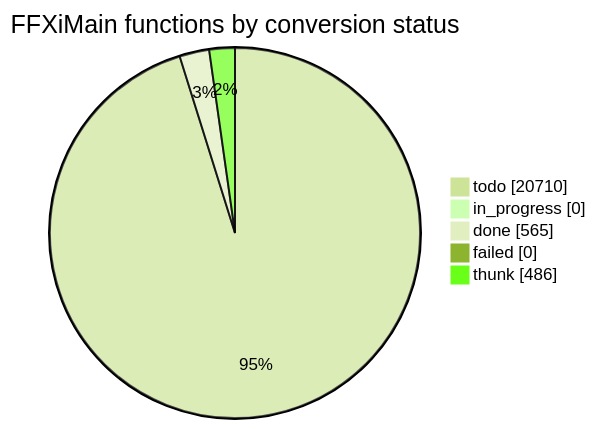
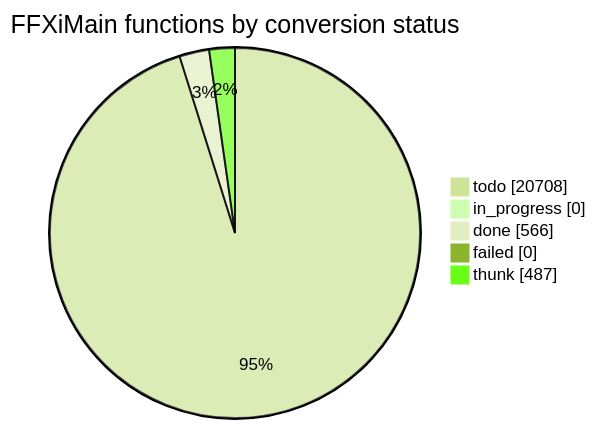
Before and after one commit to cowrevenge/cow_kuluu_xi_anything: the diagram in docs/cow/STATUS.md, drawn with Mermaid (forest theme). The commit also changed other lines of this file and 9 other files, not shown here.

````diff
--- a/docs/cow/STATUS.md
+++ b/docs/cow/STATUS.md
@@ -18,9 +18,9 @@
 ```mermaid
 pie showData
     title FFXiMain functions by conversion status
-    "todo" : 20710
+    "todo" : 20708
     "in_progress" : 0
-    "done" : 565
+    "done" : 566
     "failed" : 0
-    "thunk" : 486
+    "thunk" : 487
 ```
````
